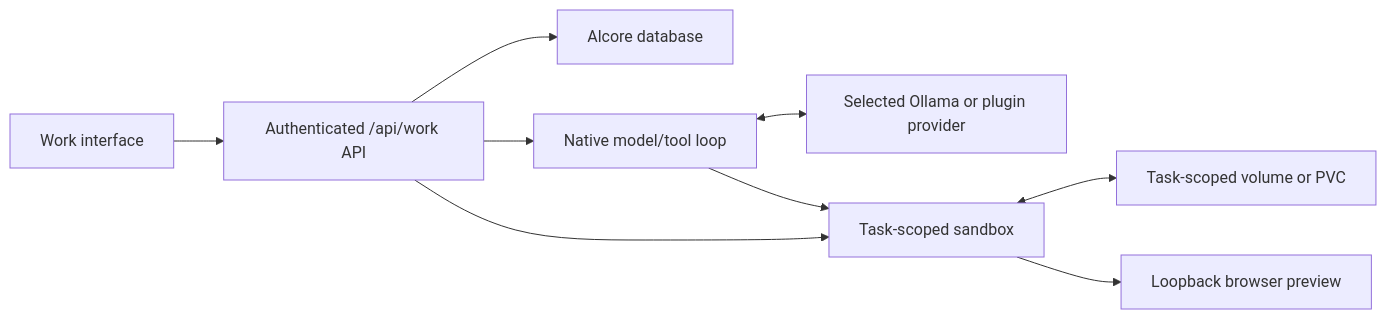
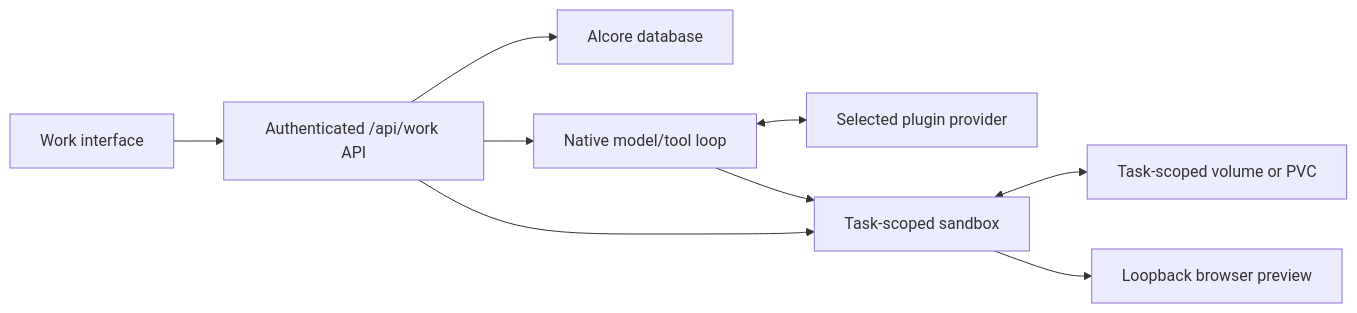
Before and after one commit to dang232/libre-webui: the diagram in docs/33-WORKSPACES.md, drawn with Mermaid. The commit also changed other lines of this file and 21 other files, not shown here.

Commit message:
refactor: remove ollama provider (remaining docs sweep)

````diff
--- a/docs/33-WORKSPACES.md
+++ b/docs/33-WORKSPACES.md
@@ -84,20 +82,20 @@
 ```mermaid
 flowchart LR
     UI["Work interface"]
     API["Authenticated /api/work API"]
     DB["Alcore database"]
     AGENT["Native model/tool loop"]
-    PROVIDER["Selected Ollama or plugin provider"]
+    PROVIDER["Selected plugin provider"]
     CONTAINER["Task-scoped sandbox"]
     VOLUME["Task-scoped volume or PVC"]
     PREVIEW["Loopback browser preview"]
 
     UI --> API
     API --> DB
     API --> AGENT
     AGENT <--> PROVIDER
     AGENT --> CONTAINER
     API --> CONTAINER
     CONTAINER <--> VOLUME
     CONTAINER --> PREVIEW
 ```
````
